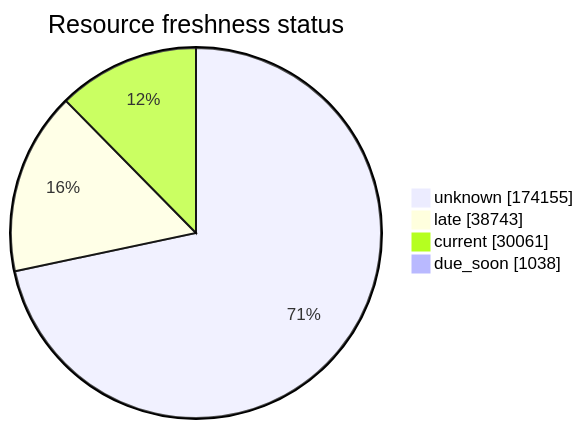
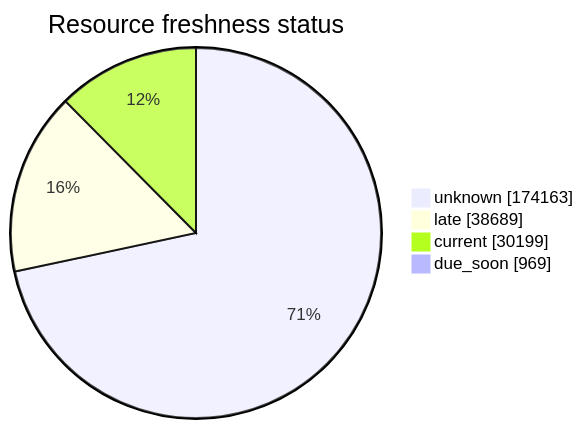
One commit to open-data/analytics-corporate-reporting changed the third of 5 diagrams in FreshCheck/README.md. Above: the diagram before and after it, drawn with Mermaid. The commit also changed other lines of this file and 3 other files, not shown here.

````diff
--- a/FreshCheck/README.md
+++ b/FreshCheck/README.md
@@ -77,7 +77,7 @@
 ```mermaid
 pie showData title Resource freshness status
-    "unknown": 174155
-    "late": 38743
-    "current": 30061
-    "due_soon": 1038
+    "unknown": 174163
+    "late": 38689
+    "current": 30199
+    "due_soon": 969
 ```
````
